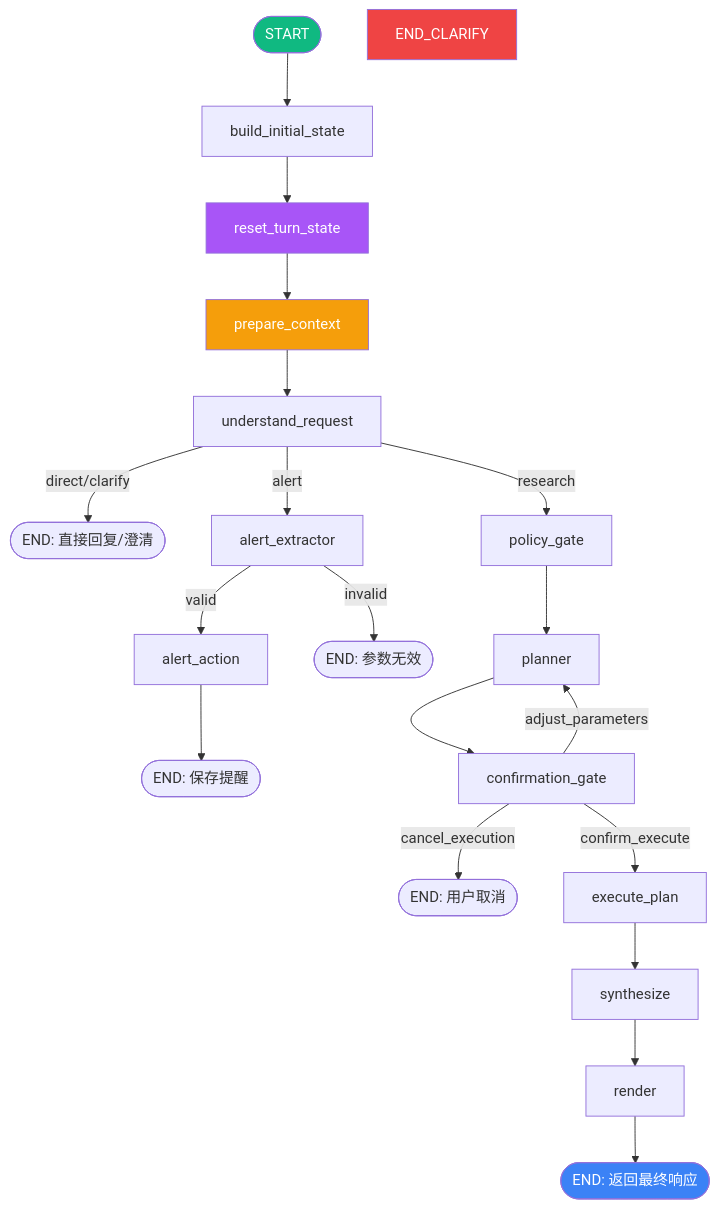
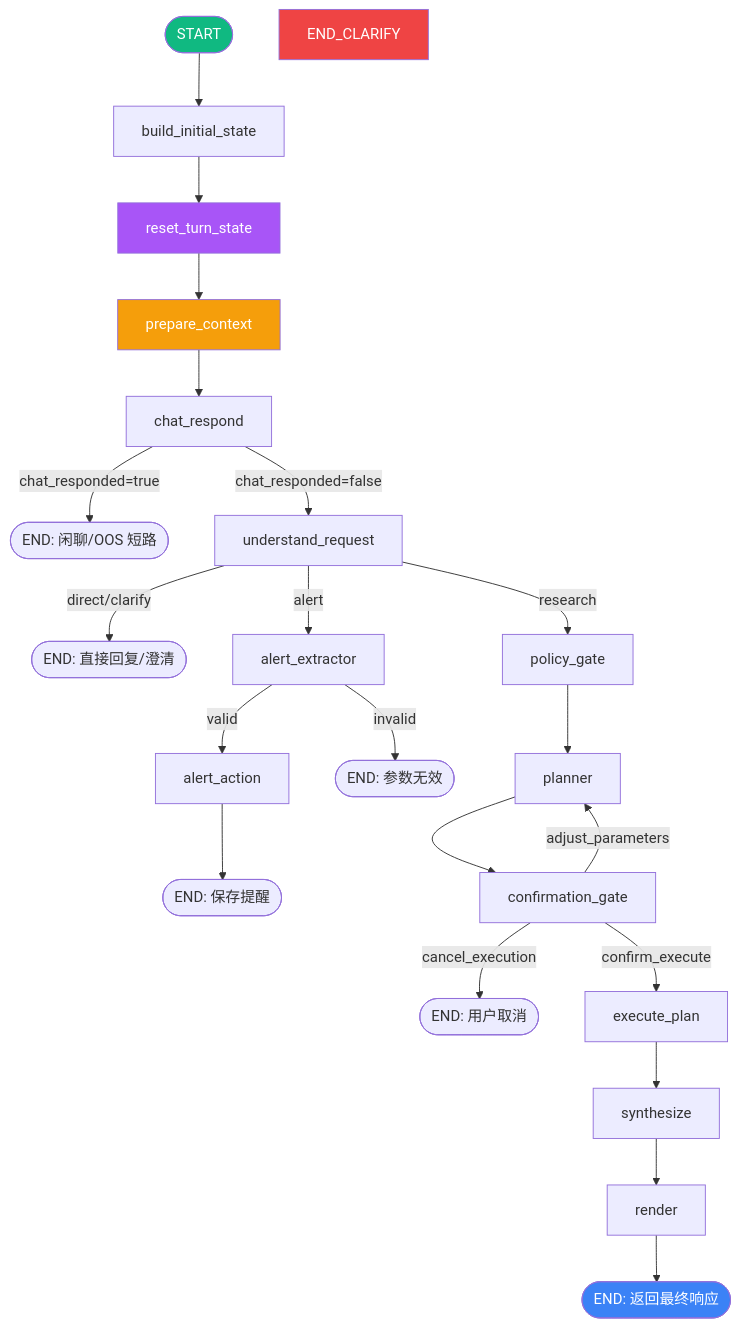
One commit to kkkano/FinSight changed the first of 4 diagrams in docs/LANGGRAPH_FLOW.md. Above: the diagram before and after it, drawn with Mermaid. The commit also changed other lines of this file and 8 other files, not shown here.

````diff
--- a/docs/LANGGRAPH_FLOW.md
+++ b/docs/LANGGRAPH_FLOW.md
@@ -11,27 +11,29 @@
 ```mermaid
 graph TD
     START([START]) --> build_initial_state
     build_initial_state --> reset_turn_state
     reset_turn_state --> prepare_context
-    prepare_context --> understand_request
+    prepare_context --> chat_respond
+    chat_respond -->|chat_responded=true| END_CASUAL([END: 闲聊/OOS 短路])
+    chat_respond -->|chat_responded=false| understand_request
     understand_request -->|direct/clarify| END_CHAT([END: 直接回复/澄清])
     understand_request -->|alert| alert_extractor
     alert_extractor -->|valid| alert_action
     alert_action --> END_ALERT([END: 保存提醒])
     alert_extractor -->|invalid| END_ALERT_INVALID([END: 参数无效])
     understand_request -->|research| policy_gate
     policy_gate --> planner
     planner --> confirmation_gate
     confirmation_gate -->|cancel_execution| END_CANCEL([END: 用户取消])
     confirmation_gate -->|adjust_parameters| planner
     confirmation_gate -->|confirm_execute| execute_plan
     execute_plan --> synthesize
     synthesize --> render
     render --> END_DONE([END: 返回最终响应])
 
     style START fill:#10b981,color:#fff
     style reset_turn_state fill:#a855f7,color:#fff
     style prepare_context fill:#f59e0b,color:#fff
     style END_CLARIFY fill:#ef4444,color:#fff
     style END_DONE fill:#3b82f6,color:#fff
 ```
````
